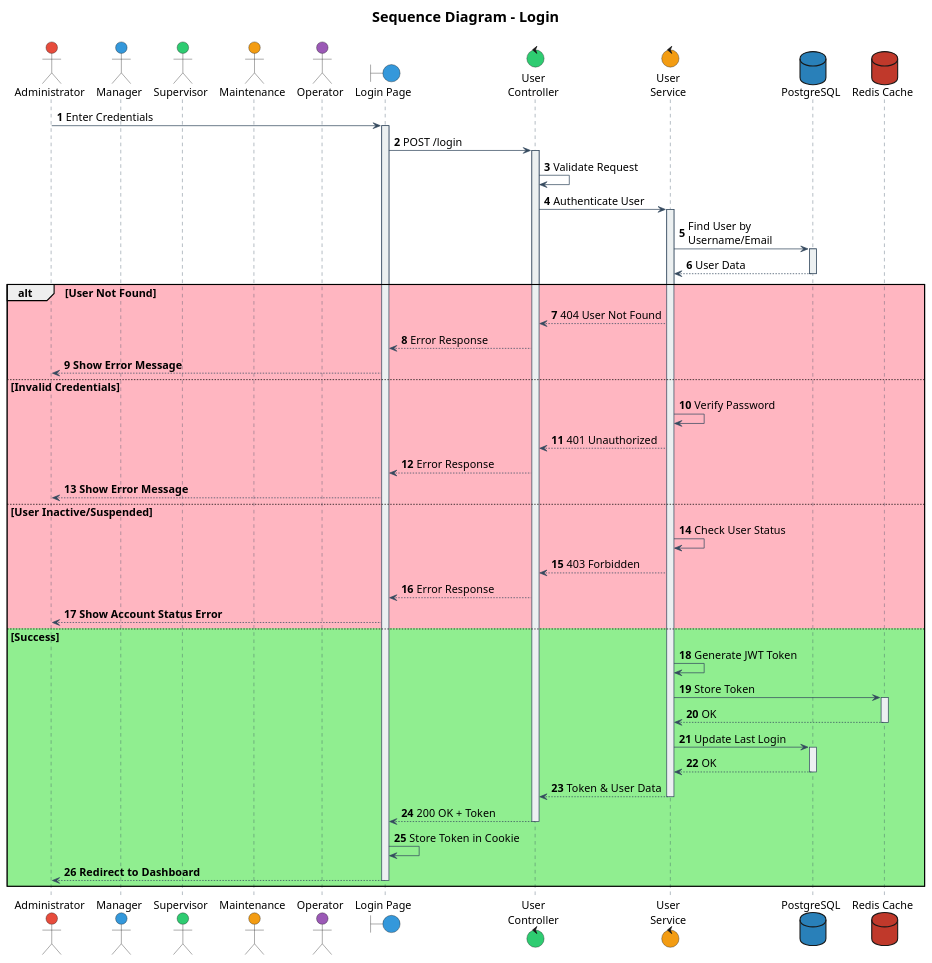
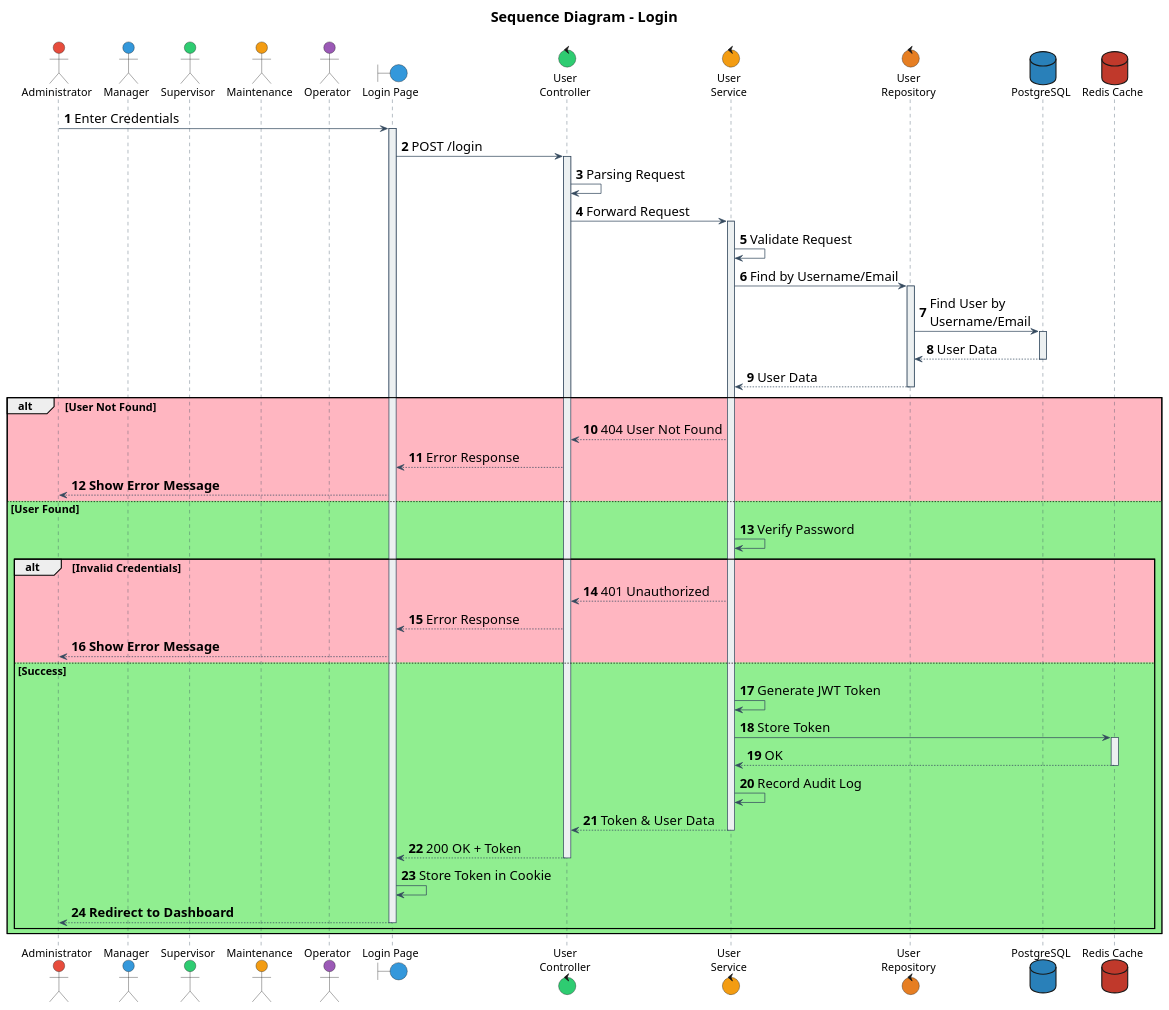
The diagram in documentation/sequence/authentication/login.puml (IntConnect/go-intconnect-api), drawn with PlantUML before and after one commit. The commit also changed 26 other files, not shown here.

Commit message:
feat(activity, sequence): Add some activity and sequence diagram

```diff
--- a/documentation/sequence/authentication/login.puml
+++ b/documentation/sequence/authentication/login.puml
@@ -1,110 +1,110 @@
 @startuml
 
 ' Font configuration
 skinparam defaultFontName Times New Roman
 skinparam defaultFontSize 15
 
 ' Participant styling
 skinparam participant {
     BackgroundColor #ECF0F1
     BorderColor #34495E
     FontColor Black
     FontName Times New Roman
     FontSize 15
 }
 
 skinparam sequence {
     ArrowColor #34495E
     LifeLineBorderColor #34495E
     LifeLineBackgroundColor #ECF0F1
     ArrowFontName Times New Roman
-    ArrowFontSize 15
+    ArrowFontSize 18
 }
 
 skinparam actorFontSize 15
 skinparam noteFontSize 15
 skinparam noteFontName "Times New Roman"
 
 ' Actors and components
 actor "Administrator" as admin #E74C3C
 actor "Manager" as mgr #3498DB
 actor "Supervisor" as spv #2ECC71
 actor "Maintenance" as mtn #F39C12
 actor "Operator" as op #9B59B6
 boundary "Login Page" as boundLogin #3498DB
 control "User\nController" as userController #2ECC71
 control "User\nService" as userService #F39C12
+control "User\nRepository" as userRepository #E67E22
 database "PostgreSQL" as dbPsql #2980B9
 database "Redis Cache" as dbRedis #C0392B
 
 title
 <size:20><b>Sequence Diagram - Login</b></size>
 ----
 end title
 
 autonumber
 
 ' === MAIN FLOW ===
 admin -> boundLogin: Enter Credentials
 activate boundLogin
 
 boundLogin -> userController: POST /login
 activate userController
 
-userController -> userController: Validate Request
+userController -> userController: Parsing Request
 
-userController -> userService: Authenticate User
+userController -> userService: Forward Request
 activate userService
 
 ' === FIND USER ===
-userService -> dbPsql: Find User by\nUsername/Email
+userService -> userService: Validate Request
+userService -> userRepository: Find by Username/Email
+activate userRepository
+
+userRepository -> dbPsql: Find User by\nUsername/Email
 activate dbPsql
-dbPsql --> userService: User Data
+dbPsql --> userRepository: User Data
 deactivate dbPsql
+
+userRepository --> userService: User Data
+deactivate userRepository
 
 ' === ERROR SCENARIOS ===
 alt #LightPink User Not Found
     userService --> userController: 404 User Not Found
     userController --> boundLogin: Error Response
     boundLogin --> admin: **Show Error Message**
-  
 
-else #LightPink Invalid Credentials
-    userService -> userService: Verify Password
-    userService --> userController: 401 Unauthorized
-    userController --> boundLogin: Error Response
-    boundLogin --> admin: **Show Error Message**
+else #LightGreen User Found
+        userService -> userService: Verify Password
 
-else #LightPink User Inactive/Suspended
-    userService -> userService: Check User Status
-    userService --> userController: 403 Forbidden
-    userController --> boundLogin: Error Response
-    boundLogin --> admin: **Show Account Status Error**
+    alt #LightPink Invalid Credentials
+        userService --> userController: 401 Unauthorized
+        userController --> boundLogin: Error Response
+        boundLogin --> admin: **Show Error Message**
+    else #LightGreen Success
+        ' === AUTHENTICATION SUCCESS ===
+        userService -> userService: Generate JWT Token
 
-else #LightGreen Success
-    ' === AUTHENTICATION SUCCESS ===
-    userService -> userService: Generate JWT Token
+        userService -> dbRedis: Store Token
+        activate dbRedis
+        dbRedis --> userService: OK
+        deactivate dbRedis
 
-    userService -> dbRedis: Store Token
-    activate dbRedis
-    dbRedis --> userService: OK
-    deactivate dbRedis
+        userService -> userService: Record Audit Log
 
-    userService -> dbPsql: Update Last Login
-    activate dbPsql
-    dbPsql --> userService: OK
-    deactivate dbPsql
+        userService --> userController: Token & User Data
+        deactivate userService
 
-    userService --> userController: Token & User Data
-    deactivate userService
+        userController --> boundLogin: 200 OK + Token
+        deactivate userController
 
-    userController --> boundLogin: 200 OK + Token
-    deactivate userController
-
-    boundLogin -> boundLogin: Store Token in Cookie
-    boundLogin --> admin: **Redirect to Dashboard**
-    deactivate boundLogin
+        boundLogin -> boundLogin: Store Token in Cookie
+        boundLogin --> admin: **Redirect to Dashboard**
+        deactivate boundLogin
+      end
 
 end
 
 @enduml
```
